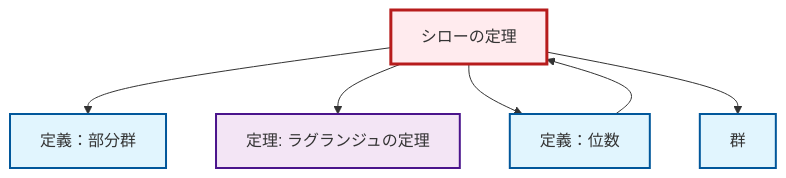
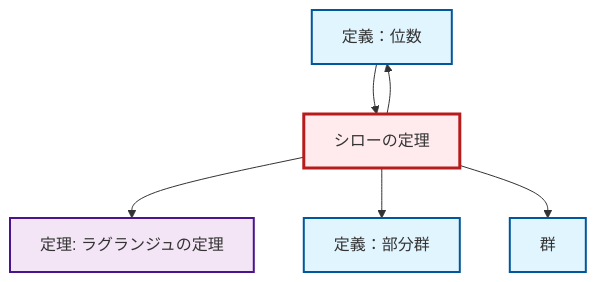
The diagram in content/ja/algebra/thm-sylow.qmd (RK0429/ModernMath), drawn with Mermaid before and after one commit. The commit also changed other lines of this file and 1012 other files, not shown here.

````diff
--- a/content/ja/algebra/thm-sylow.qmd
+++ b/content/ja/algebra/thm-sylow.qmd
@@ -86,24 +86,24 @@
 ```{mermaid}
 %%| fig-cap: "Local dependency graph"
 graph TD
     classDef definition fill:#e1f5fe,stroke:#01579b,stroke-width:2px
     classDef theorem fill:#f3e5f5,stroke:#4a148c,stroke-width:2px
     classDef axiom fill:#fff3e0,stroke:#e65100,stroke-width:2px
     classDef example fill:#e8f5e9,stroke:#1b5e20,stroke-width:2px
     classDef current fill:#ffebee,stroke:#b71c1c,stroke-width:3px
+    def-subgroup["定義：部分群"]:::definition
+    def-order["定義：位数"]:::definition
     thm-lagrange["定理: ラグランジュの定理"]:::theorem
     thm-sylow["シローの定理"]:::theorem
-    def-order["定義：位数"]:::definition
-    def-subgroup["定義：部分群"]:::definition
     def-group["群"]:::definition
+    thm-sylow --> def-order
+    thm-sylow --> thm-lagrange
     thm-sylow --> def-subgroup
+    thm-sylow --> def-group
     def-order --> thm-sylow
-    thm-sylow --> thm-lagrange
-    thm-sylow --> def-order
-    thm-sylow --> def-group
     class thm-sylow current
+    click def-subgroup "def-subgroup.html" "定義：部分群へ"
+    click def-order "def-order.html" "定義：位数へ"
     click thm-lagrange "thm-lagrange.html" "ラグランジュの定理の定理へ"
-    click def-order "def-order.html" "定義：位数へ"
-    click def-subgroup "def-subgroup.html" "定義：部分群へ"
     click def-group "def-group.html" "群へ"
 ```
````
